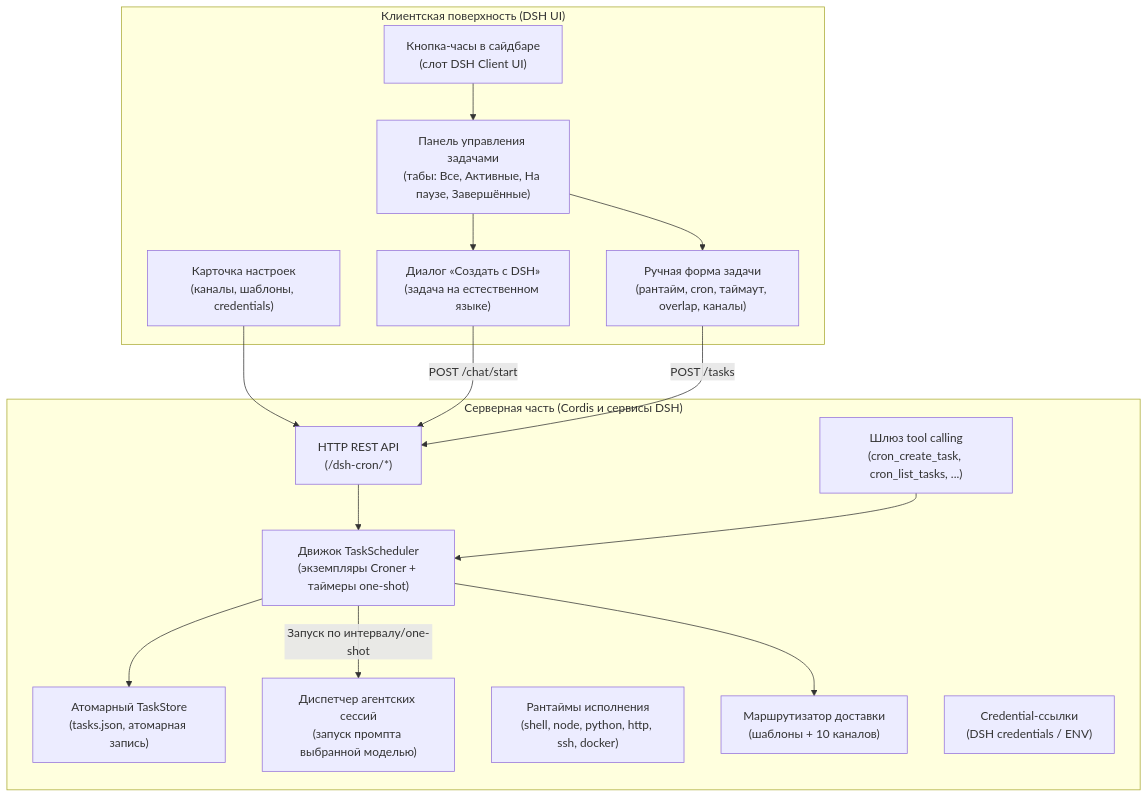
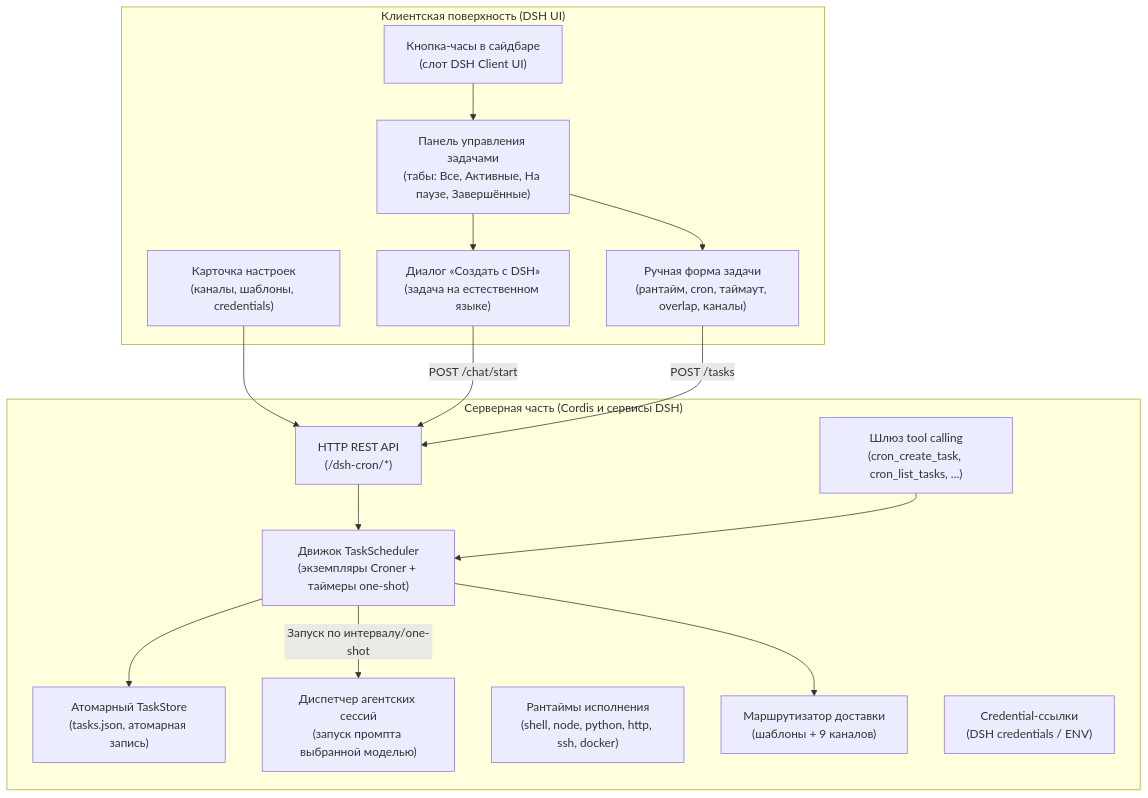
The diagram in docs/README.ru.md (GooDAnDReaDY/dsh-cron), drawn with Mermaid before and after one commit. The commit also changed other lines of this file and 12 other files, not shown here.

````diff
--- a/docs/README.ru.md
+++ b/docs/README.ru.md
@@ -45,33 +45,33 @@
 ```mermaid
 graph TD
     subgraph Client ["Клиентская поверхность (DSH UI)"]
         SidebarBtn["Кнопка-часы в сайдбаре<br/>(слот DSH Client UI)"]
         Overlay["Панель управления задачами<br/>(табы: Все, Активные, На паузе, Завершённые)"]
         CreateWithDSH["Диалог «Создать с DSH»<br/>(задача на естественном языке)"]
         ManualForm["Ручная форма задачи<br/>(рантайм, cron, таймаут, overlap, каналы)"]
         SettingsCard["Карточка настроек<br/>(каналы, шаблоны, credentials)"]
     end
 
     subgraph Server ["Серверная часть (Cordis и сервисы DSH)"]
         HttpRoutes["HTTP REST API<br/>(/dsh-cron/*)"]
         AgentTools["Шлюз tool calling<br/>(cron_create_task, cron_list_tasks, ...)"]
         Scheduler["Движок TaskScheduler<br/>(экземпляры Croner + таймеры one-shot)"]
         Store["Атомарный TaskStore<br/>(tasks.json, атомарная запись)"]
         AgentRunner["Диспетчер агентских сессий<br/>(запуск промпта выбранной моделью)"]
         Runtimes["Рантаймы исполнения<br/>(shell, node, python, http, ssh, docker)"]
-        Notify["Маршрутизатор доставки<br/>(шаблоны + 10 каналов)"]
+        Notify["Маршрутизатор доставки<br/>(шаблоны + 9 каналов)"]
         Secrets["Credential-ссылки<br/>(DSH credentials / ENV)"]
     end
 
     SidebarBtn --> Overlay
     Overlay --> CreateWithDSH
     Overlay --> ManualForm
     SettingsCard --> HttpRoutes
     CreateWithDSH -->|POST /chat/start| HttpRoutes
     ManualForm -->|POST /tasks| HttpRoutes
     HttpRoutes --> Scheduler
     AgentTools --> Scheduler
     Scheduler --> Store
     Scheduler -->|Запуск по интервалу/one-shot| AgentRunner
     Scheduler --> Notify
 ```
````
